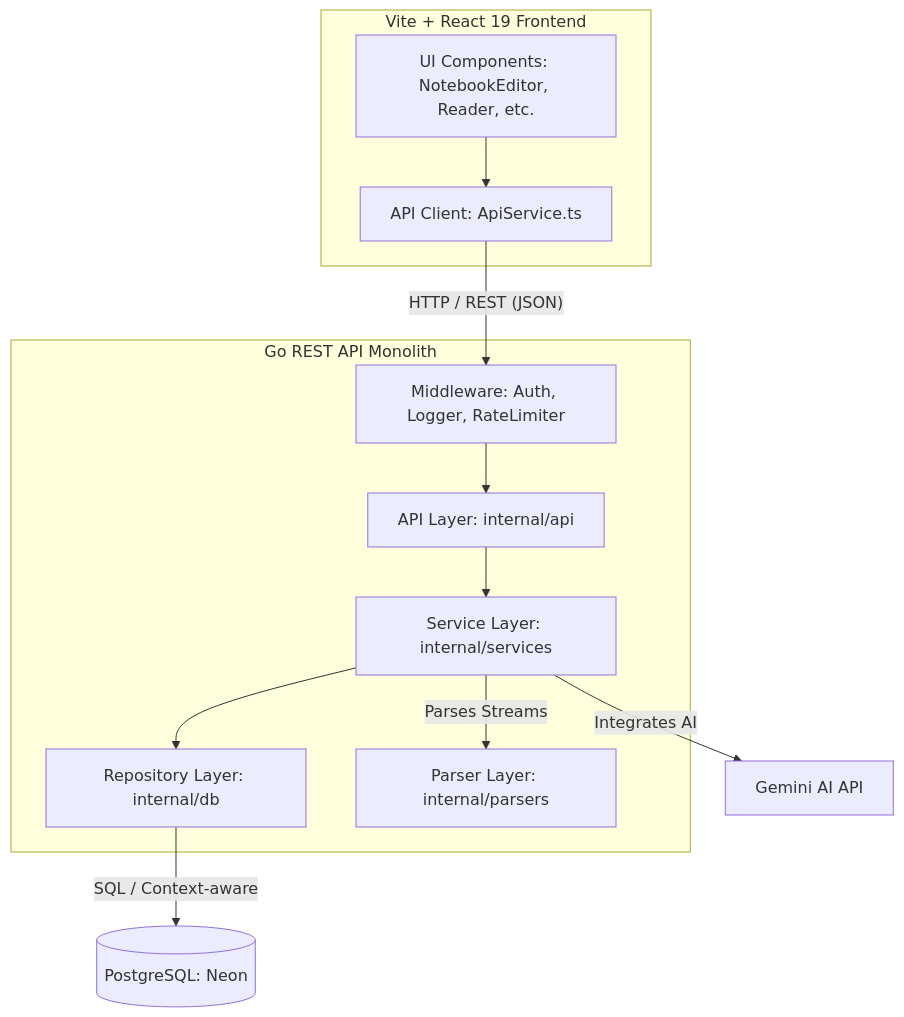
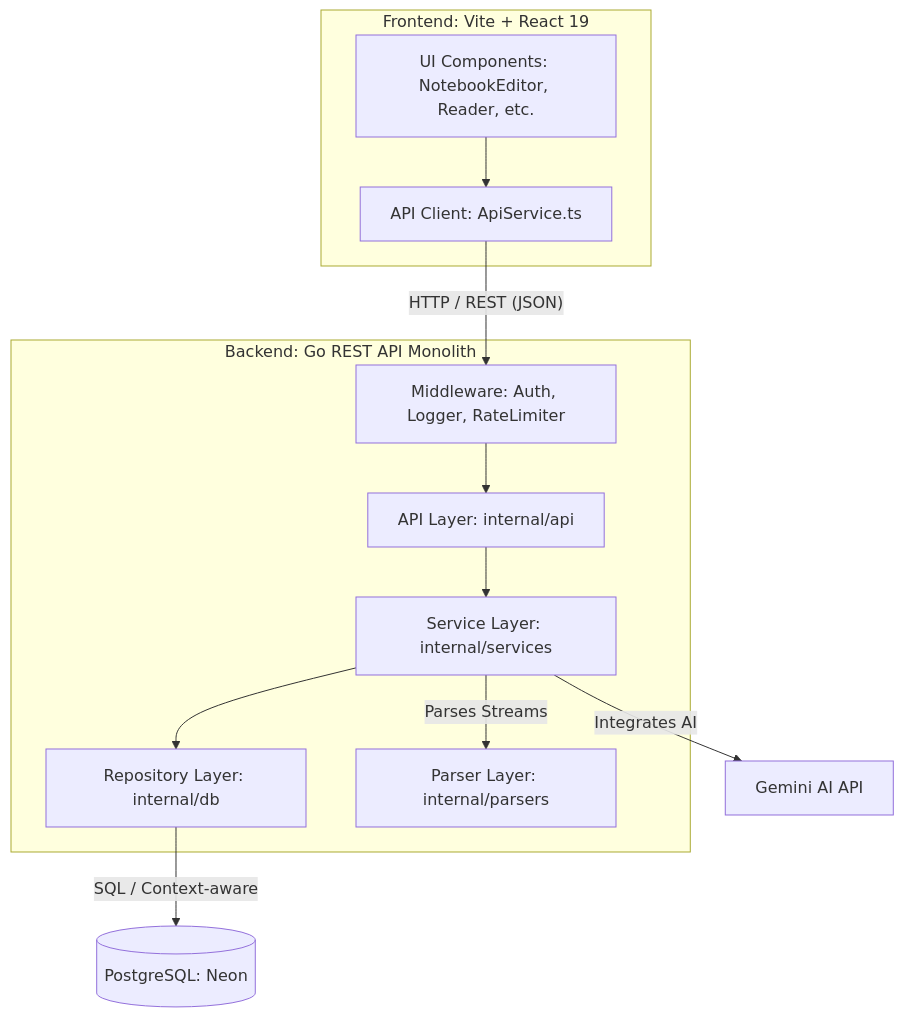
Before and after one commit to mvirtai/clible-v3-go: the first of 2 diagrams in docs/architecture/overview.md, drawn with Mermaid. The commit also changed other lines of this file and 28 other files, not shown here.

````diff
--- a/docs/architecture/overview.md
+++ b/docs/architecture/overview.md
@@ -13,27 +13,27 @@
 ```mermaid
 graph TD
-    subgraph Frontend [Vite + React 19 Frontend]
-        UI[UI Components: NotebookEditor, Reader, etc.]
-        API_CLIENT[API Client: ApiService.ts]
+    subgraph Frontend_App ["Frontend: Vite + React 19"]
+        UI["UI Components: NotebookEditor, Reader, etc."]
+        API_CLIENT["API Client: ApiService.ts"]
     end
 
-    subgraph Backend [Go REST API Monolith]
-        MW_LAYER[Middleware: Auth, Logger, RateLimiter]
-        API_LAYER[API Layer: internal/api]
-        SVC_LAYER[Service Layer: internal/services]
-        REP_LAYER[Repository Layer: internal/db]
-        PRS_LAYER[Parser Layer: internal/parsers]
+    subgraph Backend_App ["Backend: Go REST API Monolith"]
+        MW_LAYER["Middleware: Auth, Logger, RateLimiter"]
+        API_LAYER["API Layer: internal/api"]
+        SVC_LAYER["Service Layer: internal/services"]
+        REP_LAYER["Repository Layer: internal/db"]
+        PRS_LAYER["Parser Layer: internal/parsers"]
     end
 
-    DB[(PostgreSQL: Neon)]
-    AI[Gemini AI API]
+    DB[("PostgreSQL: Neon")]
+    AI["Gemini AI API"]
 
     UI --> API_CLIENT
-    API_CLIENT -- "HTTP / REST (JSON)" --> MW_LAYER
+    API_CLIENT -->|"HTTP / REST (JSON)"| MW_LAYER
     MW_LAYER --> API_LAYER
     API_LAYER --> SVC_LAYER
     SVC_LAYER --> REP_LAYER
-    SVC_LAYER -- "Parses Streams" --> PRS_LAYER
-    SVC_LAYER -- "Integrates AI" --> AI
-    REP_LAYER -- "SQL / Context-aware" --> DB
+    SVC_LAYER -->|"Parses Streams"| PRS_LAYER
+    SVC_LAYER -->|"Integrates AI"| AI
+    REP_LAYER -->|"SQL / Context-aware"| DB
 ```
````
